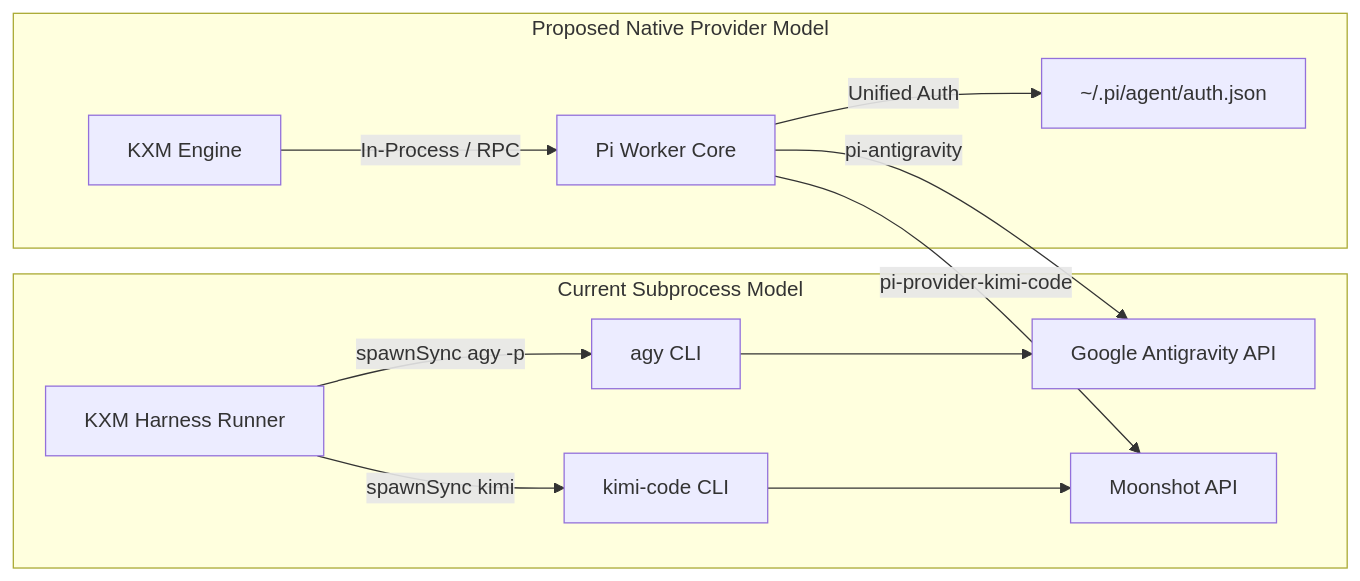
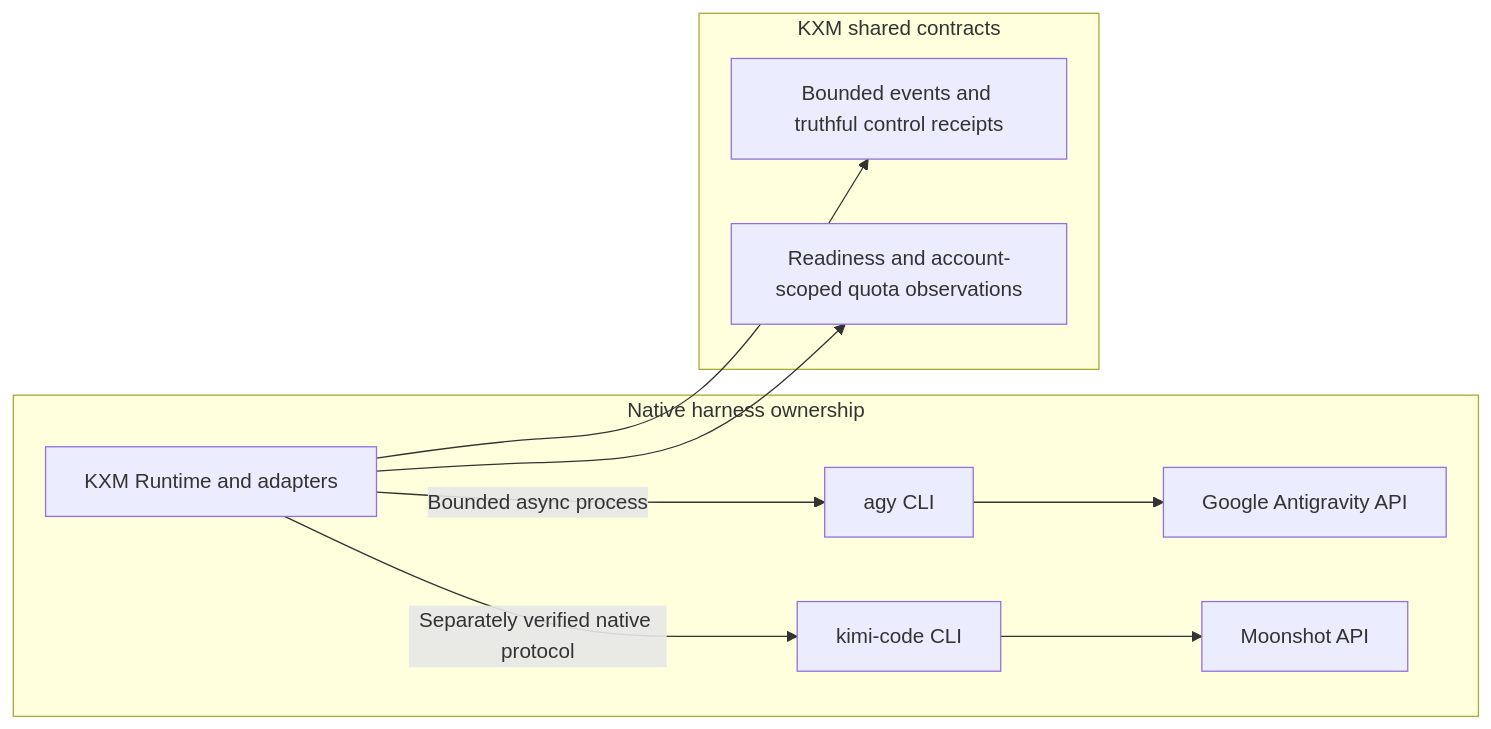
One commit to kontextmind/kxm changed the diagram in plans/plan-additional-providers-agy-kimi.md. Above: the diagram before and after it, drawn with Mermaid. The commit also changed other lines of this file and 36 other files, not shown here.

Commit message:
docs(plans): consolidate KXM roadmap and fork research (#211)

````diff
--- a/plans/plan-additional-providers-agy-kimi.md
+++ b/plans/plan-additional-providers-agy-kimi.md
@@ -80,16 +85,14 @@
 ```mermaid
 flowchart LR
-    subgraph Current["Current Subprocess Model"]
-        KXM1[KXM Harness Runner] -->|spawnSync agy -p| CLI1[agy CLI]
-        KXM1 -->|spawnSync kimi| CLI2[kimi-code CLI]
+    subgraph Native["Native harness ownership"]
+        KXM1[KXM Runtime and adapters] -->|Bounded async process| CLI1[agy CLI]
+        KXM1 -->|Separately verified native protocol| CLI2[kimi-code CLI]
         CLI1 --> GoogleAPI[Google Antigravity API]
         CLI2 --> MoonshotAPI[Moonshot API]
     end
 
-    subgraph Proposed["Proposed Native Provider Model"]
-        KXM2[KXM Engine] -->|In-Process / RPC| PiWorker[Pi Worker Core]
-        PiWorker -->|pi-antigravity| GoogleAPI
-        PiWorker -->|pi-provider-kimi-code| MoonshotAPI
-        PiWorker -->|Unified Auth| AuthStore["~/.pi/agent/auth.json"]
+    subgraph Shared["KXM shared contracts"]
+        KXM1 --> Events[Bounded events and truthful control receipts]
+        KXM1 --> Health[Readiness and account-scoped quota observations]
     end
 ```
````
